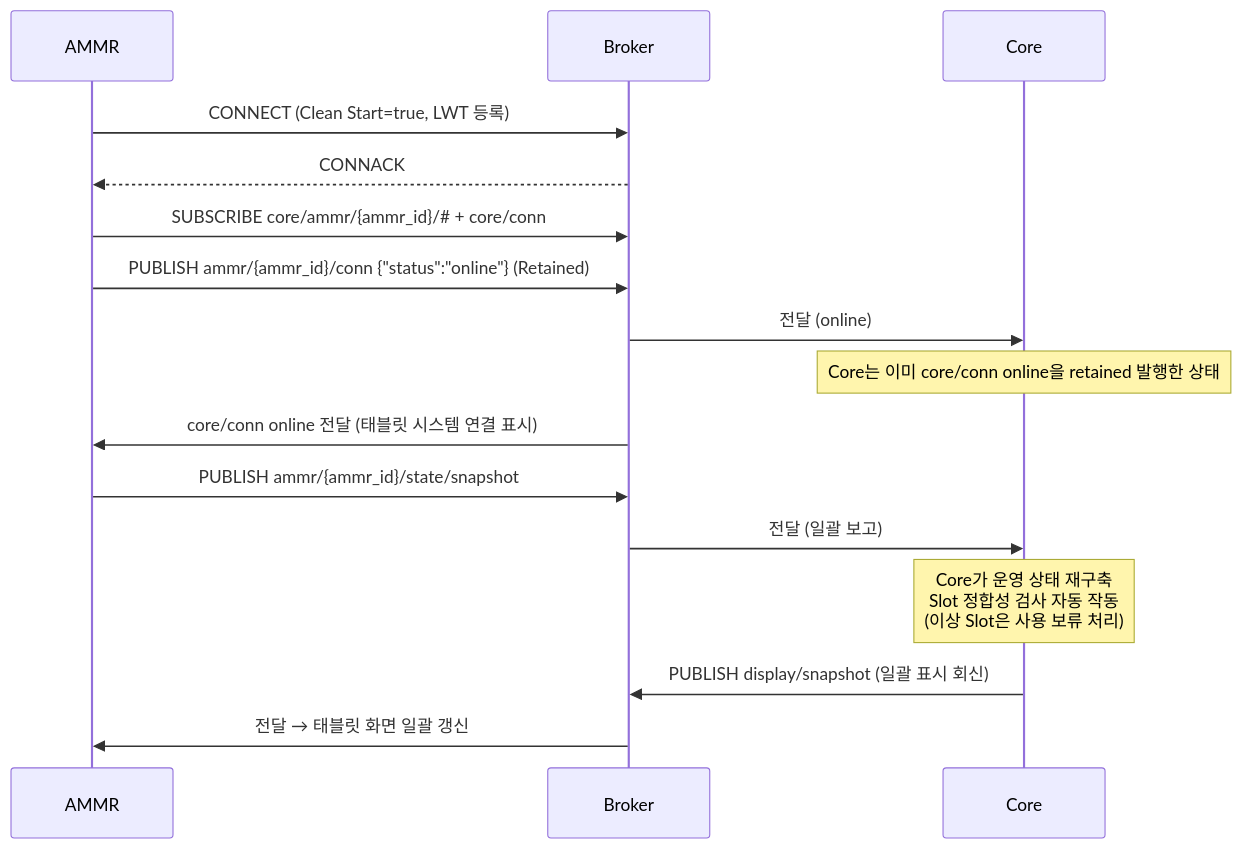
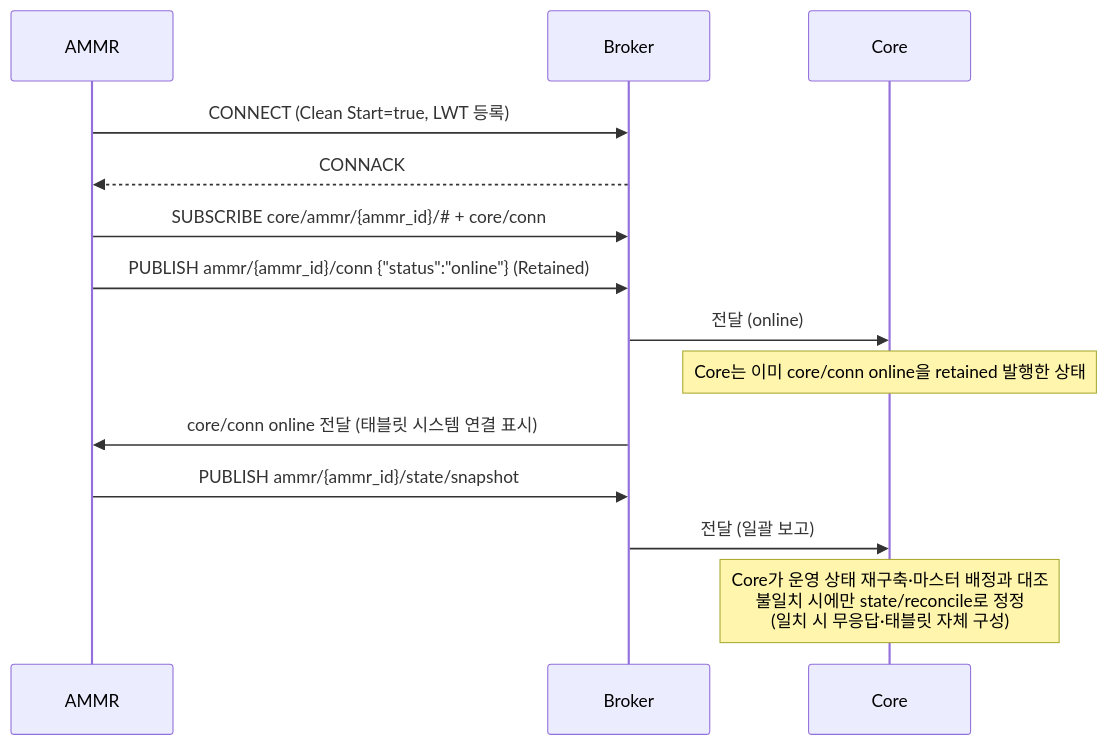
One commit to kimminsu0315/Core-Docs changed the sixth of 13 diagrams in docs/out/Core_ICD_AMMR.md. Above: the diagram before and after it, drawn with Mermaid. The commit also changed other lines of this file and 8 other files, not shown here.

````diff
--- a/docs/out/Core_ICD_AMMR.md
+++ b/docs/out/Core_ICD_AMMR.md
@@ -1011,19 +887,17 @@
 ```mermaid
 sequenceDiagram
     participant A as AMMR
     participant B as Broker
     participant C as Core
 
     A->>B: CONNECT (Clean Start=true, LWT 등록)
     B-->>A: CONNACK
     A->>B: SUBSCRIBE core/ammr/{ammr_id}/#35; + core/conn
     A->>B: PUBLISH ammr/{ammr_id}/conn {"status":"online"} (Retained)
     B->>C: 전달 (online)
     Note over C: Core는 이미 core/conn online을 retained 발행한 상태
     B->>A: core/conn online 전달 (태블릿 시스템 연결 표시)
     A->>B: PUBLISH ammr/{ammr_id}/state/snapshot
     B->>C: 전달 (일괄 보고)
-    Note over C: Core가 운영 상태 재구축<br/>Slot 정합성 검사 자동 작동<br/>(이상 Slot은 사용 보류 처리)
-    C->>B: PUBLISH display/snapshot (일괄 표시 회신)
-    B->>A: 전달 → 태블릿 화면 일괄 갱신
+    Note over C: Core가 운영 상태 재구축·마스터 배정과 대조<br/>불일치 시에만 state/reconcile로 정정<br/>(일치 시 무응답·태블릿 자체 구성)
 ```
````
